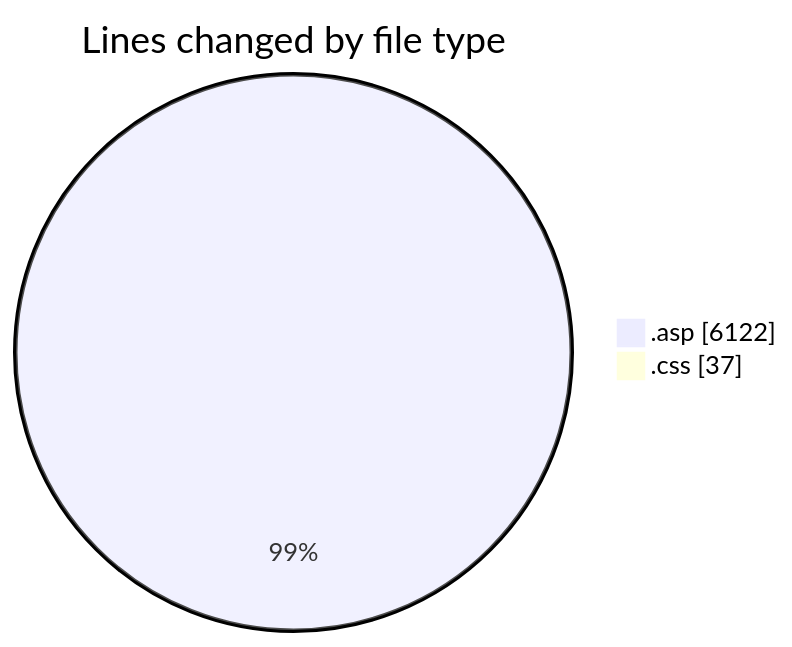
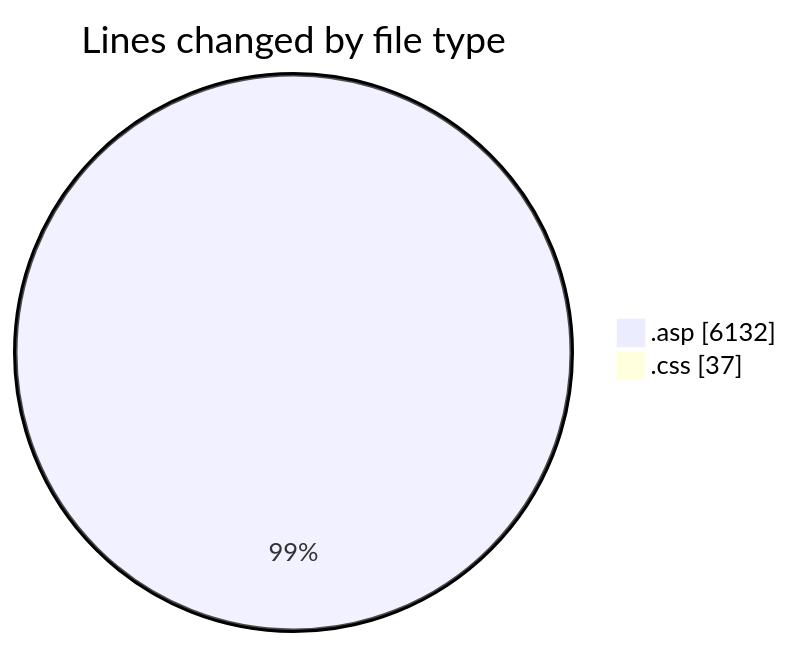
The first of 2 diagrams in 2025-11-02/cdp_aleoudev_fr__workspace_/README.md (julien-gomy/code-tracking), drawn with Mermaid before and after one commit. The commit also changed other lines of this file and 1 other file, not shown here.

````diff
--- a/2025-11-02/cdp_aleoudev_fr__workspace_/README.md
+++ b/2025-11-02/cdp_aleoudev_fr__workspace_/README.md
@@ -25,6 +25,6 @@
 ```mermaid
 pie showData
 title Lines changed by file type
-".asp" : 6122
+".asp" : 6132
 ".css" : 37
 ```
````
